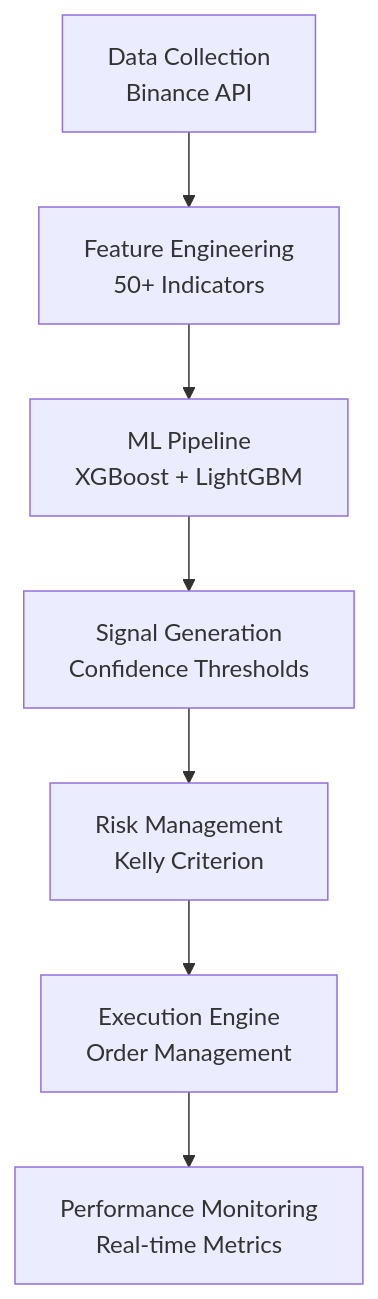
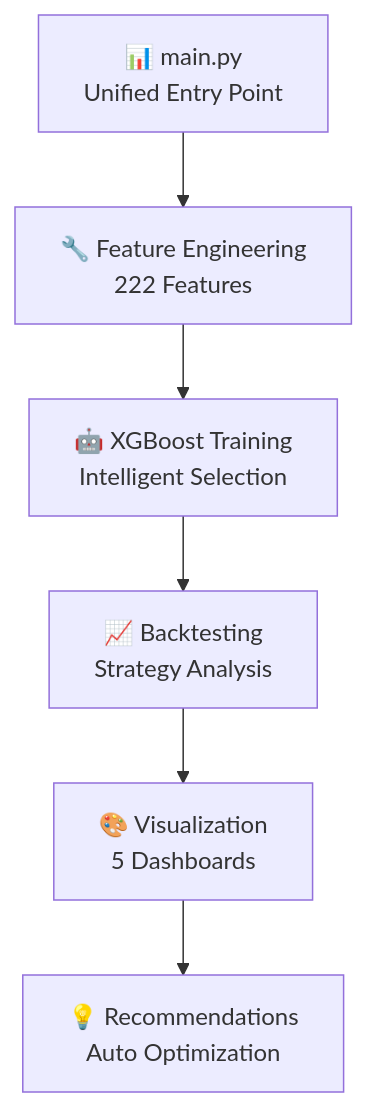
The diagram in README.md (Lustalk/Predictive-Quant-BTC-XGBoost), drawn with Mermaid before and after one commit. The commit also changed other lines of this file and 7 other files, not shown here.

First line of the commit message:
refactor: consolidate system into unified main.py with major performance improvements

````diff
--- a/README.md
+++ b/README.md
@@ -31,9 +32,8 @@
 ```mermaid
 graph TB
-    A[Data Collection<br/>Binance API] --> B[Feature Engineering<br/>50+ Indicators]
-    B --> C[ML Pipeline<br/>XGBoost + LightGBM]
-    C --> D[Signal Generation<br/>Confidence Thresholds]
-    D --> E[Risk Management<br/>Kelly Criterion]
-    E --> F[Execution Engine<br/>Order Management]
-    F --> G[Performance Monitoring<br/>Real-time Metrics]
+    A[📊 main.py<br/>Unified Entry Point] --> B[🔧 Feature Engineering<br/>222 Features]
+    B --> C[🤖 XGBoost Training<br/>Intelligent Selection]
+    C --> D[📈 Backtesting<br/>Strategy Analysis]
+    D --> E[🎨 Visualization<br/>5 Dashboards]
+    E --> F[💡 Recommendations<br/>Auto Optimization]
 ```
````
